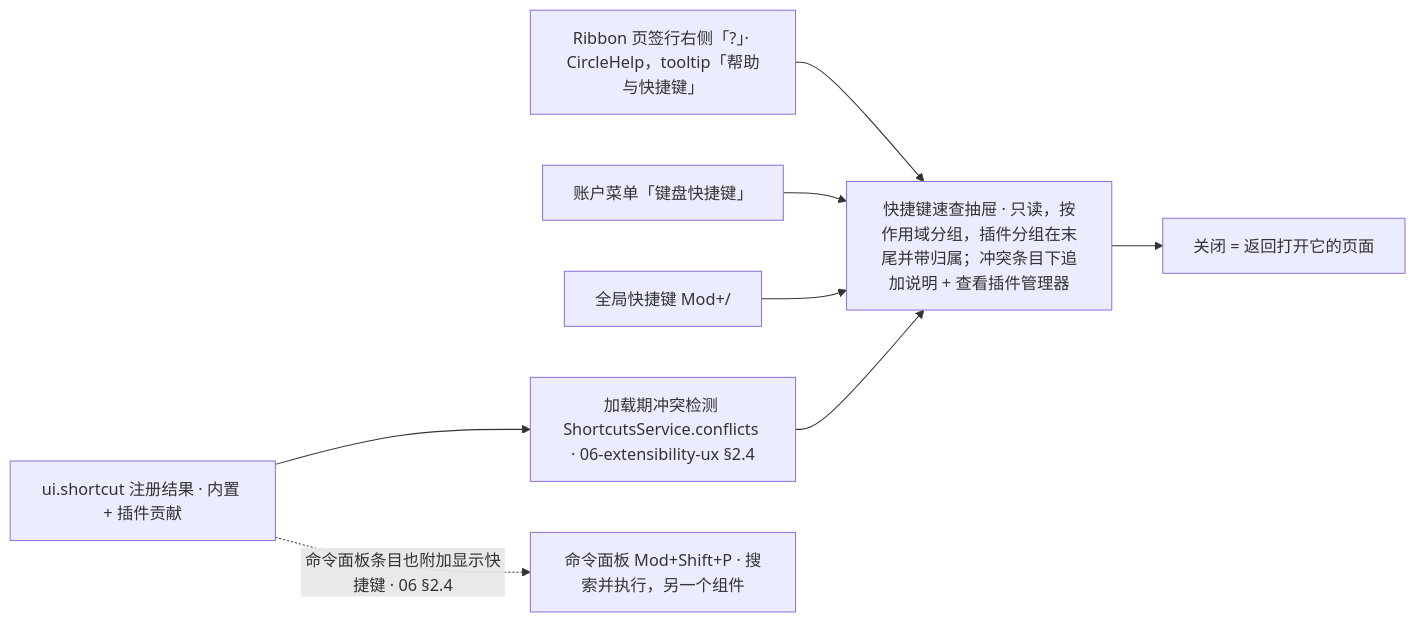
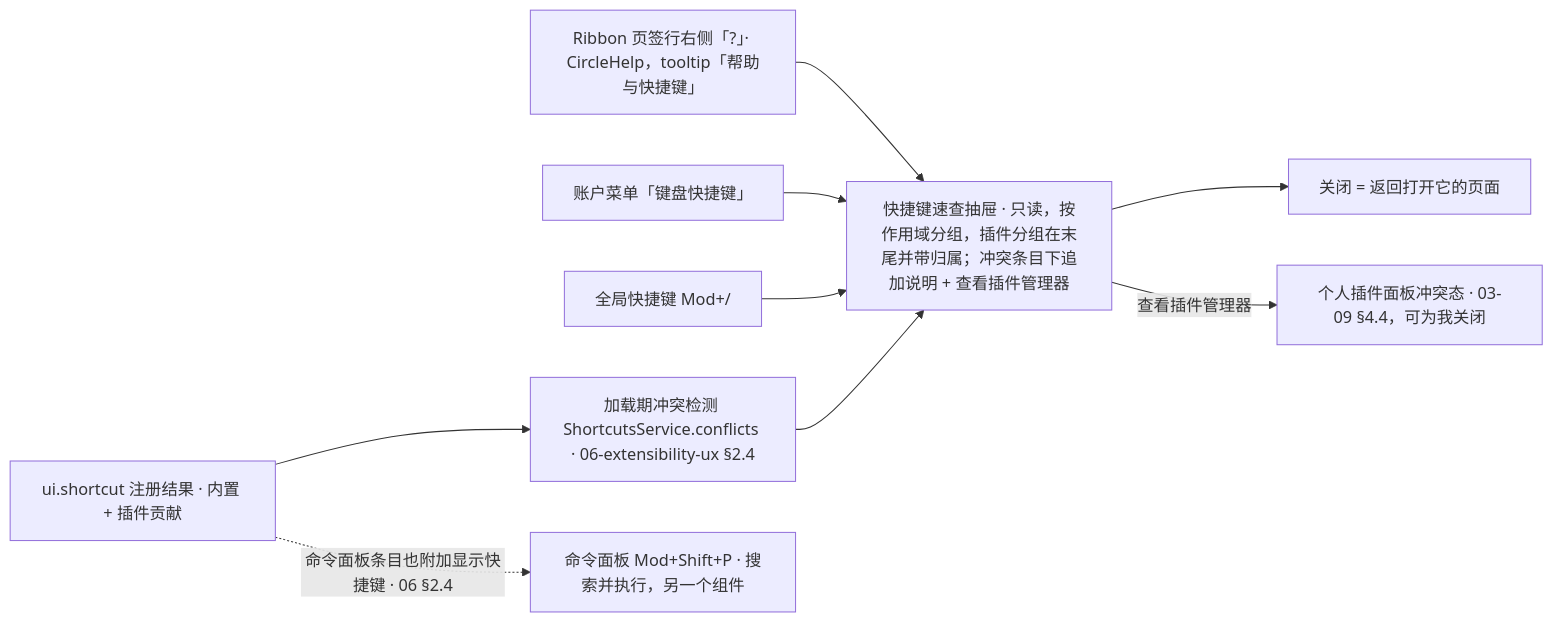
The diagram in docs/20-design/03-screens/24-keyboard-shortcuts-panel.md (Xeonice/cordis-ppt-editor), drawn with Mermaid before and after one commit. The commit also changed other lines of this file and 16 other files, not shown here.

````diff
--- a/docs/20-design/03-screens/24-keyboard-shortcuts-panel.md
+++ b/docs/20-design/03-screens/24-keyboard-shortcuts-panel.md
@@ -84,17 +85,19 @@
 ```mermaid
 flowchart LR
   e1["Ribbon 页签行右侧「?」· CircleHelp，tooltip「帮助与快捷键」"]
   e2["账户菜单「键盘快捷键」"]
   e3["全局快捷键 Mod+/"]
   reg["ui.shortcut 注册结果 · 内置 + 插件贡献"]
   chk["加载期冲突检测 ShortcutsService.conflicts · 06-extensibility-ux §2.4"]
   panel["快捷键速查抽屉 · 只读，按作用域分组，插件分组在末尾并带归属；冲突条目下追加说明 + 查看插件管理器"]
+  plug["个人插件面板冲突态 · 03-09 §4.4，可为我关闭"]
   back["关闭 = 返回打开它的页面"]
   palette["命令面板 Mod+Shift+P · 搜索并执行，另一个组件"]
   e1 --> panel
   e2 --> panel
   e3 --> panel
   reg --> chk --> panel
   panel --> back
+  panel -->|"查看插件管理器"| plug
   reg -.->|"命令面板条目也附加显示快捷键 · 06 §2.4"| palette
 ```
````
